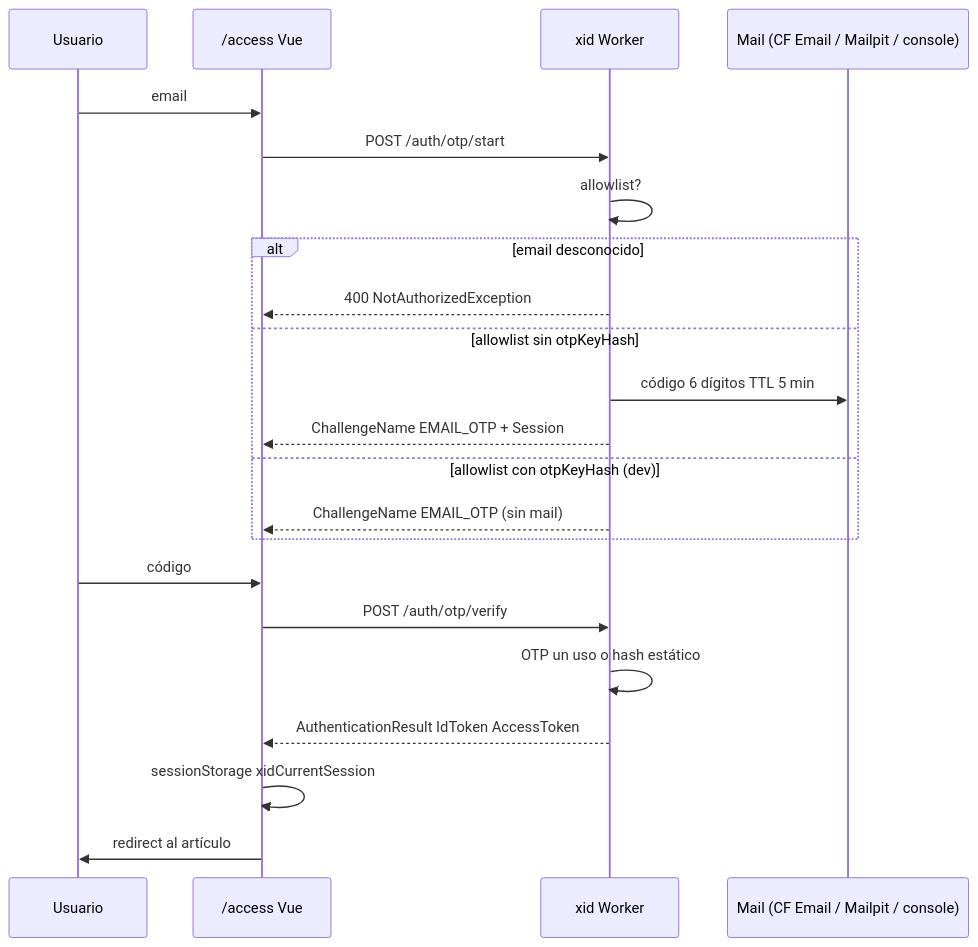
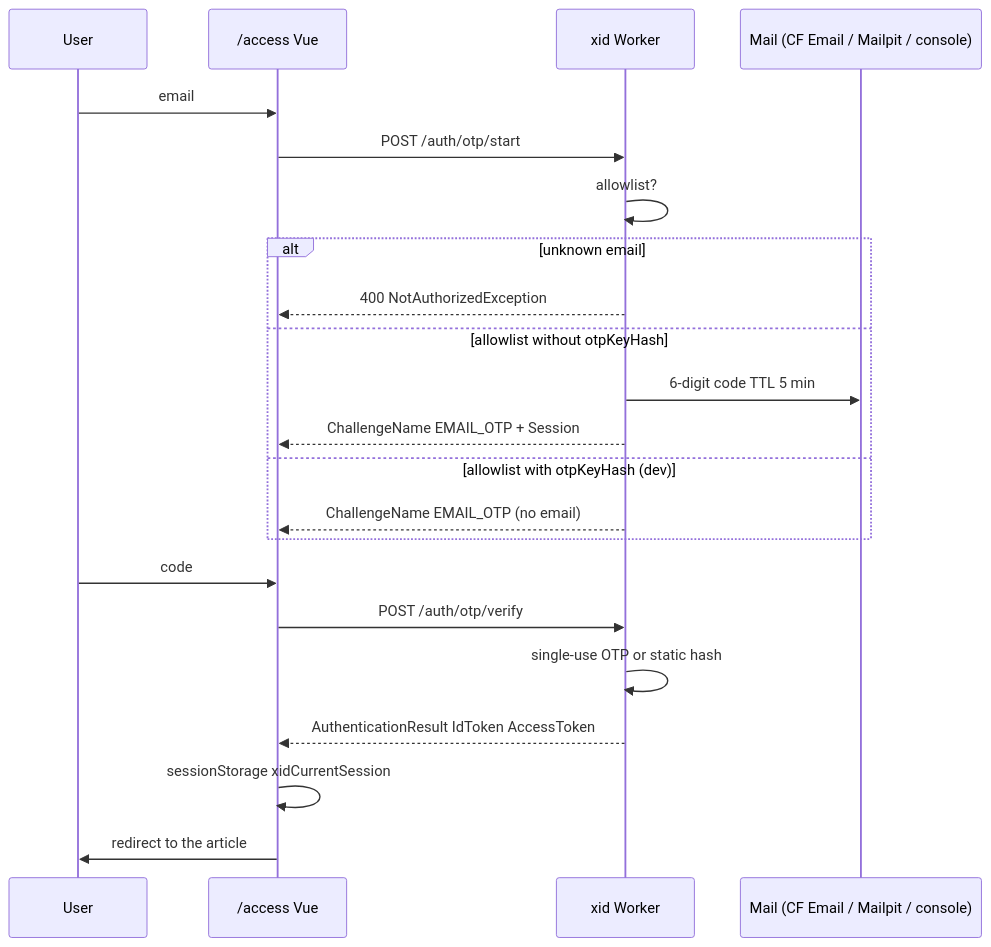
The second of 3 diagrams in README.md (kaesar/onmind-xid), drawn with Mermaid before and after one commit. The commit also changed other lines of this file and 6 other files, not shown here.

````diff
--- a/README.md
+++ b/README.md
@@ -79,24 +79,24 @@
 ```mermaid
 sequenceDiagram
-  participant U as Usuario
+  participant U as User
   participant A as /access Vue
   participant W as xid Worker
   participant M as Mail (CF Email / Mailpit / console)
   U->>A: email
   A->>W: POST /auth/otp/start
   W->>W: allowlist?
-  alt email desconocido
+  alt unknown email
     W-->>A: 400 NotAuthorizedException
-  else allowlist sin otpKeyHash
-    W->>M: código 6 dígitos TTL 5 min
+  else allowlist without otpKeyHash
+    W->>M: 6-digit code TTL 5 min
     W-->>A: ChallengeName EMAIL_OTP + Session
-  else allowlist con otpKeyHash (dev)
-    W-->>A: ChallengeName EMAIL_OTP (sin mail)
+  else allowlist with otpKeyHash (dev)
+    W-->>A: ChallengeName EMAIL_OTP (no email)
   end
-  U->>A: código
+  U->>A: code
   A->>W: POST /auth/otp/verify
-  W->>W: OTP un uso o hash estático
+  W->>W: single-use OTP or static hash
   W-->>A: AuthenticationResult IdToken AccessToken
   A->>A: sessionStorage xidCurrentSession
-  A->>U: redirect al artículo
+  A->>U: redirect to the article
 ```
````
